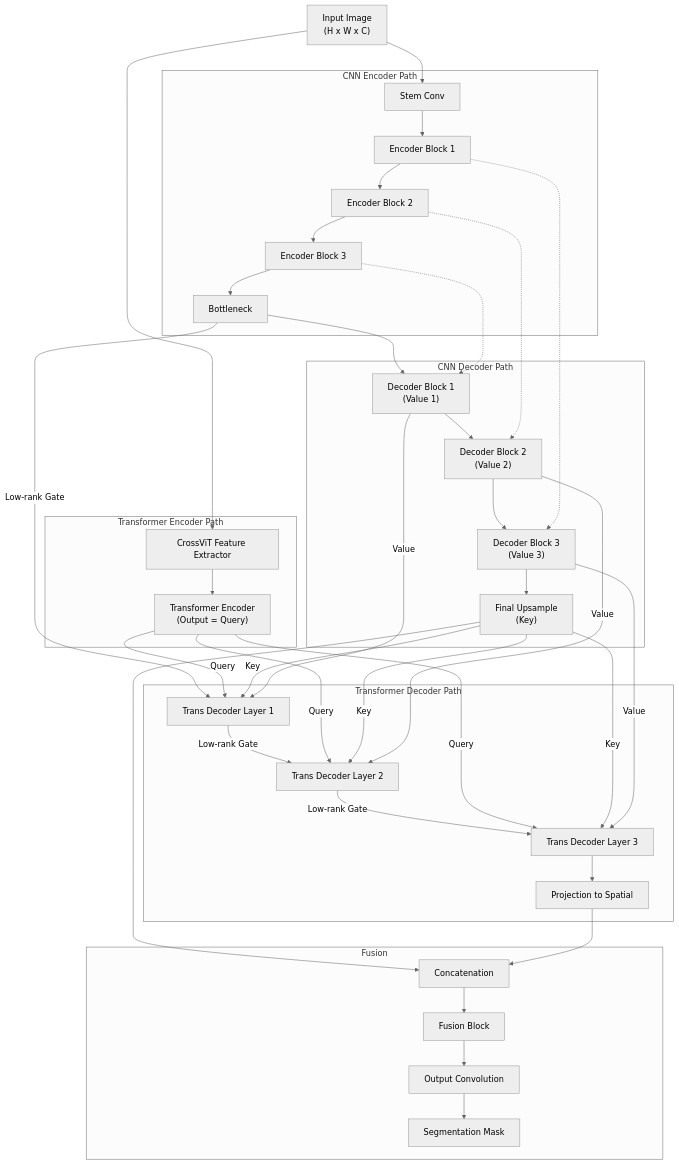
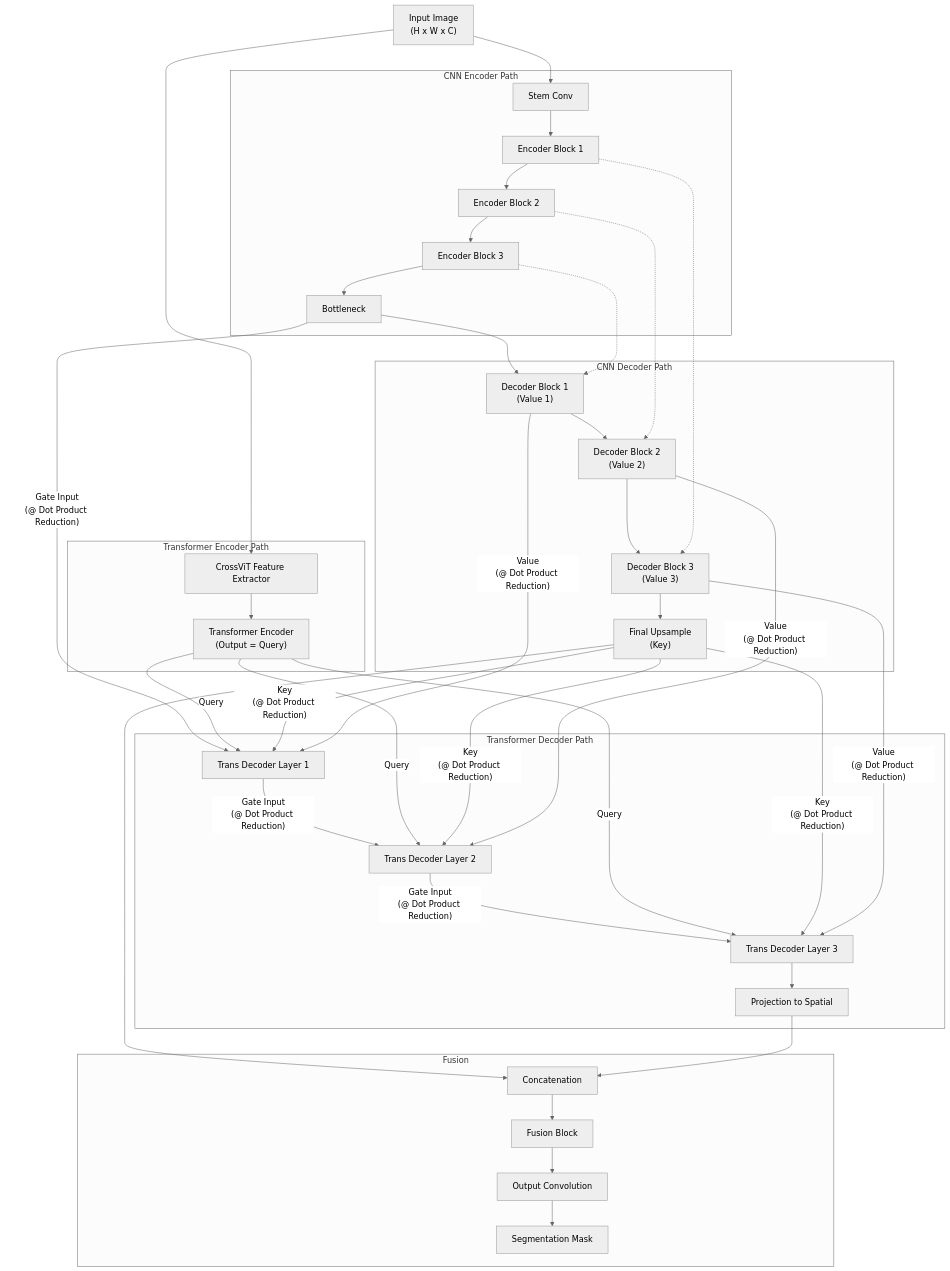
The diagram in README.md (hoangtung386/Trans_NeXt_Conv), drawn with Mermaid (neutral theme) before and after one commit.

Commit message:
Docs: Update architecture diagram with explicit dot-product reduction

```diff
--- a/README.md
+++ b/README.md
@@ -119,22 +119,22 @@
     CrossViT --> TransEnc
 
     %% Complex Interactions - Layer 1
-    Bottleneck -- "Low-rank Gate" --> TDec1
+    Bottleneck -- "Gate Input<br/>(@ Dot Product Reduction)" --> TDec1
     TransEnc -- "Query" --> TDec1
-    Upsample -- "Key" --> TDec1
-    Dec1 -- "Value" --> TDec1
+    Upsample -- "Key<br/>(@ Dot Product Reduction)" --> TDec1
+    Dec1 -- "Value<br/>(@ Dot Product Reduction)" --> TDec1
 
     %% Complex Interactions - Layer 2
-    TDec1 -- "Low-rank Gate" --> TDec2
+    TDec1 -- "Gate Input<br/>(@ Dot Product Reduction)" --> TDec2
     TransEnc -- "Query" --> TDec2
-    Upsample -- "Key" --> TDec2
-    Dec2 -- "Value" --> TDec2
+    Upsample -- "Key<br/>(@ Dot Product Reduction)" --> TDec2
+    Dec2 -- "Value<br/>(@ Dot Product Reduction)" --> TDec2
 
     %% Complex Interactions - Layer 3
-    TDec2 -- "Low-rank Gate" --> TDec3
+    TDec2 -- "Gate Input<br/>(@ Dot Product Reduction)" --> TDec3
     TransEnc -- "Query" --> TDec3
-    Upsample -- "Key" --> TDec3
-    Dec3 -- "Value" --> TDec3
+    Upsample -- "Key<br/>(@ Dot Product Reduction)" --> TDec3
+    Dec3 -- "Value<br/>(@ Dot Product Reduction)" --> TDec3
 
     %% Output Path
     TDec3 --> TProj
```
